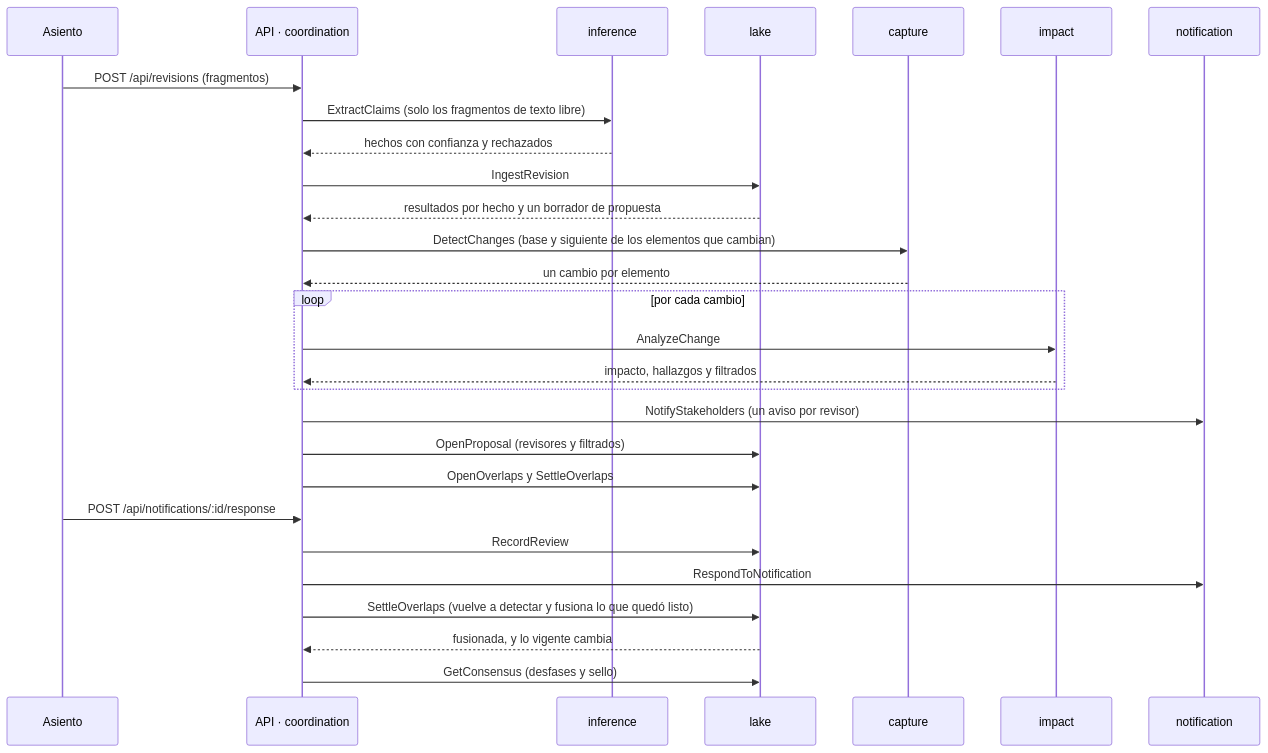
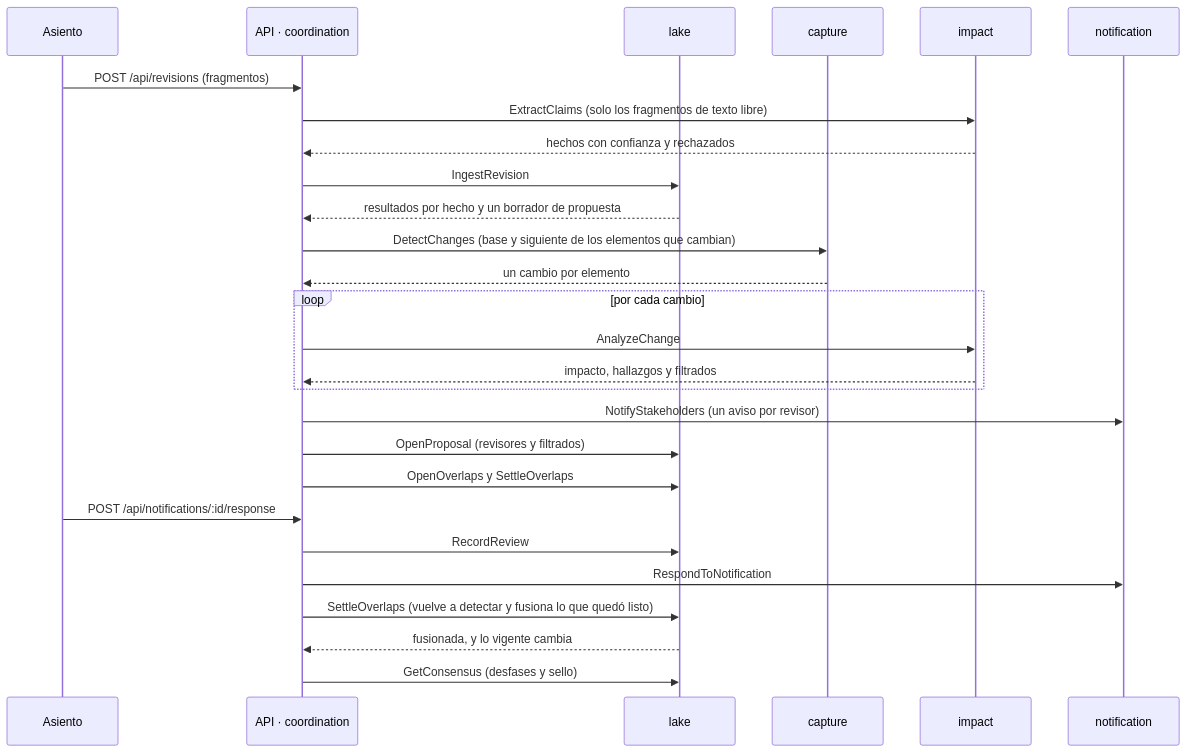
The second of 2 diagrams in docs/arquitectura.md (platanus-hack/platanus-hack-26-cl-team-27), drawn with Mermaid before and after one commit. The commit also changed other lines of this file and 71 other files, not shown here.

````diff
--- a/docs/arquitectura.md
+++ b/docs/arquitectura.md
@@ -96,30 +96,29 @@
 ```mermaid
 sequenceDiagram
   participant S as Asiento
   participant A as API · coordination
-  participant R as inference
   participant L as lake
   participant C as capture
   participant I as impact
   participant N as notification
   S->>A: POST /api/revisions (fragmentos)
-  A->>R: ExtractClaims (solo los fragmentos de texto libre)
-  R-->>A: hechos con confianza y rechazados
+  A->>I: ExtractClaims (solo los fragmentos de texto libre)
+  I-->>A: hechos con confianza y rechazados
   A->>L: IngestRevision
   L-->>A: resultados por hecho y un borrador de propuesta
   A->>C: DetectChanges (base y siguiente de los elementos que cambian)
   C-->>A: un cambio por elemento
   loop por cada cambio
     A->>I: AnalyzeChange
     I-->>A: impacto, hallazgos y filtrados
   end
   A->>N: NotifyStakeholders (un aviso por revisor)
   A->>L: OpenProposal (revisores y filtrados)
   A->>L: OpenOverlaps y SettleOverlaps
   S->>A: POST /api/notifications/:id/response
   A->>L: RecordReview
   A->>N: RespondToNotification
   A->>L: SettleOverlaps (vuelve a detectar y fusiona lo que quedó listo)
   L-->>A: fusionada, y lo vigente cambia
   A->>L: GetConsensus (desfases y sello)
 ```
````
